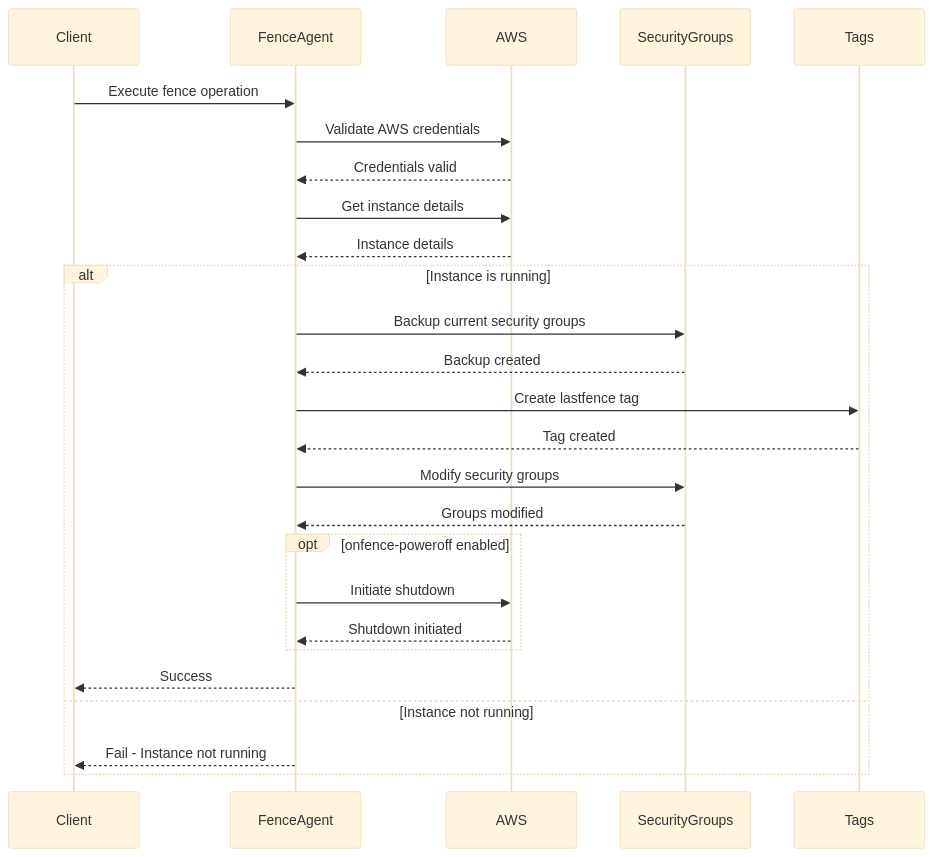
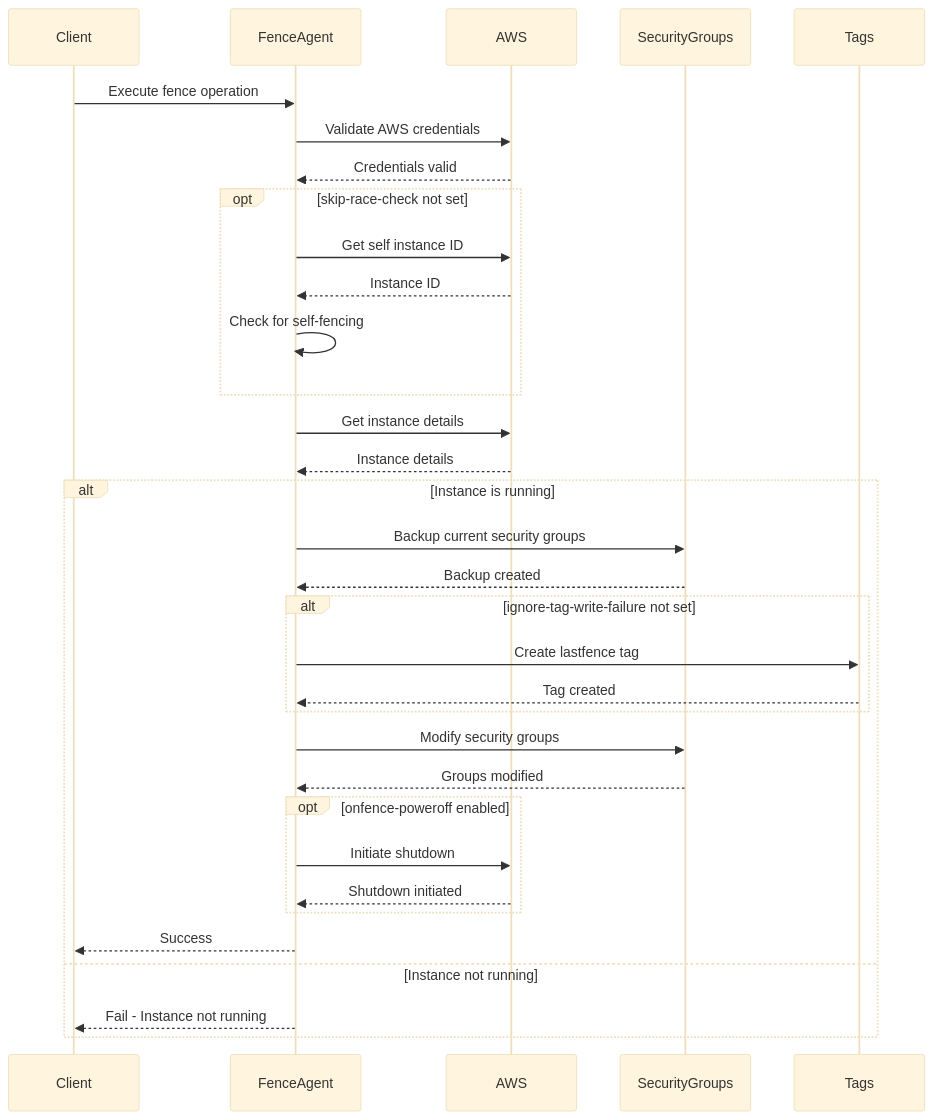
One commit to ClusterLabs/fence-agents changed the second of 3 diagrams in agents/aws_vpc_net/readme.md. Above: the diagram before and after it, drawn with Mermaid (base theme). The commit also changed other lines of this file and 2 other files, not shown here.

Commit message:
fence_aws_vpc_net: logic changes to reduce AWS backplane reliance

````diff
--- a/agents/aws_vpc_net/readme.md
+++ b/agents/aws_vpc_net/readme.md
@@ -63,35 +61,43 @@
 ```mermaid
 sequenceDiagram
     participant Client
     participant FenceAgent
     participant AWS
     participant SecurityGroups
     participant Tags
 
     Client->>FenceAgent: Execute fence operation
     FenceAgent->>AWS: Validate AWS credentials
     AWS-->>FenceAgent: Credentials valid
 
+    opt skip-race-check not set
+        FenceAgent->>AWS: Get self instance ID
+        AWS-->>FenceAgent: Instance ID
+        FenceAgent->>FenceAgent: Check for self-fencing
+    end
+
     FenceAgent->>AWS: Get instance details
     AWS-->>FenceAgent: Instance details
 
     alt Instance is running
         FenceAgent->>SecurityGroups: Backup current security groups
         SecurityGroups-->>FenceAgent: Backup created
 
-        FenceAgent->>Tags: Create lastfence tag
-        Tags-->>FenceAgent: Tag created
+        alt ignore-tag-write-failure not set
+            FenceAgent->>Tags: Create lastfence tag
+            Tags-->>FenceAgent: Tag created
+        end
 
         FenceAgent->>SecurityGroups: Modify security groups
         SecurityGroups-->>FenceAgent: Groups modified
 
         opt onfence-poweroff enabled
             FenceAgent->>AWS: Initiate shutdown
             AWS-->>FenceAgent: Shutdown initiated
         end
 
         FenceAgent-->>Client: Success
     else Instance not running
         FenceAgent-->>Client: Fail - Instance not running
     end
 ```
````
